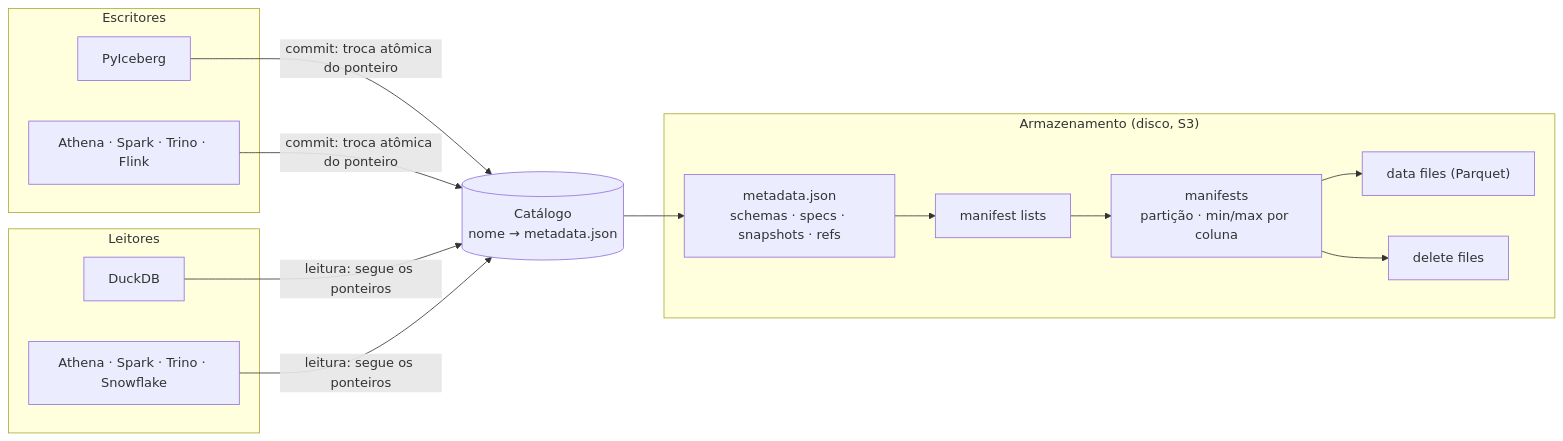
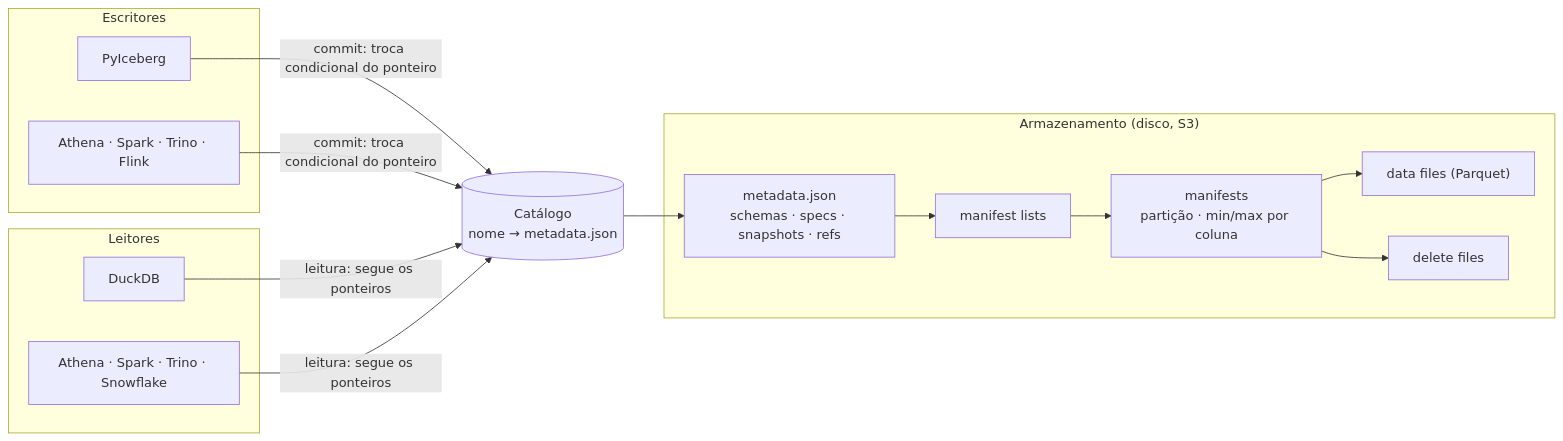
Before and after one commit to infobarbosa/iceberg-tableformat-demo: the fifth of 5 diagrams in README.md, drawn with Mermaid. The commit also changed other lines of this file and 1 other file, not shown here.

````diff
--- a/README.md
+++ b/README.md
@@ -2185,22 +2358,22 @@
 ```mermaid
 flowchart LR
     subgraph Escritores
         PY["PyIceberg"]
         ATH["Athena · Spark · Trino · Flink"]
     end
     CAT[("Catálogo<br/>nome → metadata.json")]
     subgraph Armazenamento["Armazenamento (disco, S3)"]
         MJ["metadata.json<br/>schemas · specs · snapshots · refs"]
         ML["manifest lists"]
         MF["manifests<br/>partição · min/max por coluna"]
         DF["data files (Parquet)"]
         DEL["delete files"]
     end
     subgraph Leitores
         DUCK["DuckDB"]
         OUT["Athena · Spark · Trino · Snowflake"]
     end
-    PY & ATH -->|"commit: troca atômica do ponteiro"| CAT
+    PY & ATH -->|"commit: troca condicional do ponteiro"| CAT
     CAT --> MJ --> ML --> MF --> DF & DEL
     DUCK & OUT -->|"leitura: segue os ponteiros"| CAT
 ```
````
